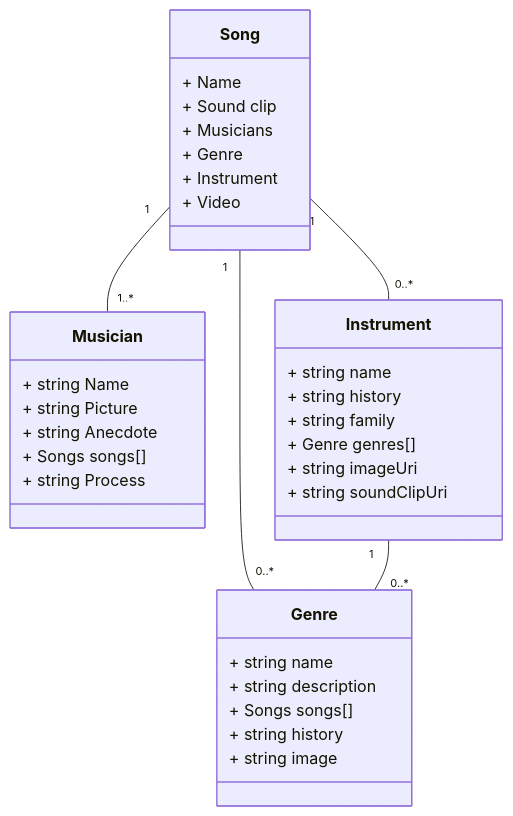
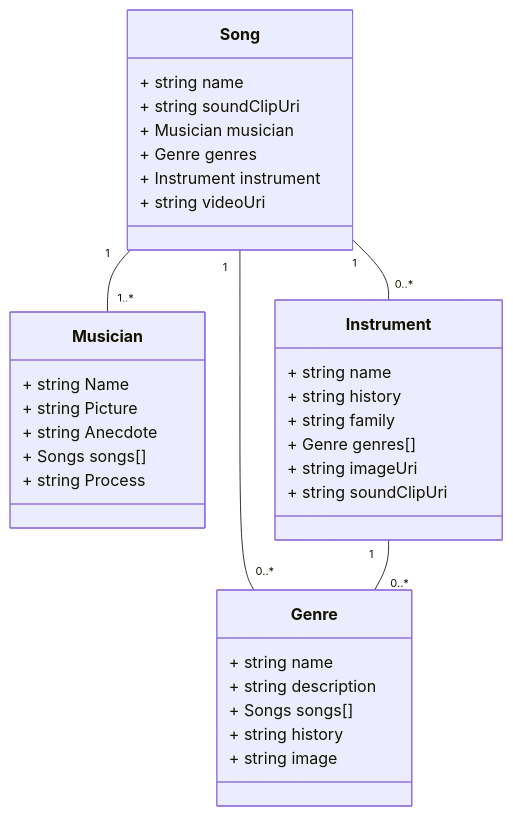
One commit to travis-kuenzi/Mongo-Driven-Website-Term-Project changed the diagram in README.md. Above: the diagram before and after it, drawn with Mermaid. The commit also changed other lines of this file, not shown here.

Commit message:
song attributes update

````diff
--- a/README.md
+++ b/README.md
@@ -11,45 +10,45 @@
 ```mermaid
 classDiagram 
     class Genre {
       + string name
       + string description
       + Songs songs[]
       + string history
       + string image
     }
 
     class Musician {
       + string Name
       + string Picture
       + string Anecdote
       + Songs songs[]
       + string Process
     }
 
     class Instrument {
       + string name
       + string history
       + string family
       + Genre genres[]
       + string imageUri
       + string soundClipUri
     }
 
     class Song {
-      + Name
-      + Sound clip
-      + Musicians
-      + Genre
-      + Instrument
-      + Video
+      + string name
+      + string soundClipUri
+      + Musician musician
+      + Genre genres
+      + Instrument instrument
+      + string videoUri
     }
 
 
     %%Links between entities - don't worry too much about details
 
     Song "1" -- "0..*" Genre
     Song "1" -- "1..*" Musician
     Song "1" -- "0..*" Instrument
 
     Instrument "1" -- "0..*" Genre
 ```
````
